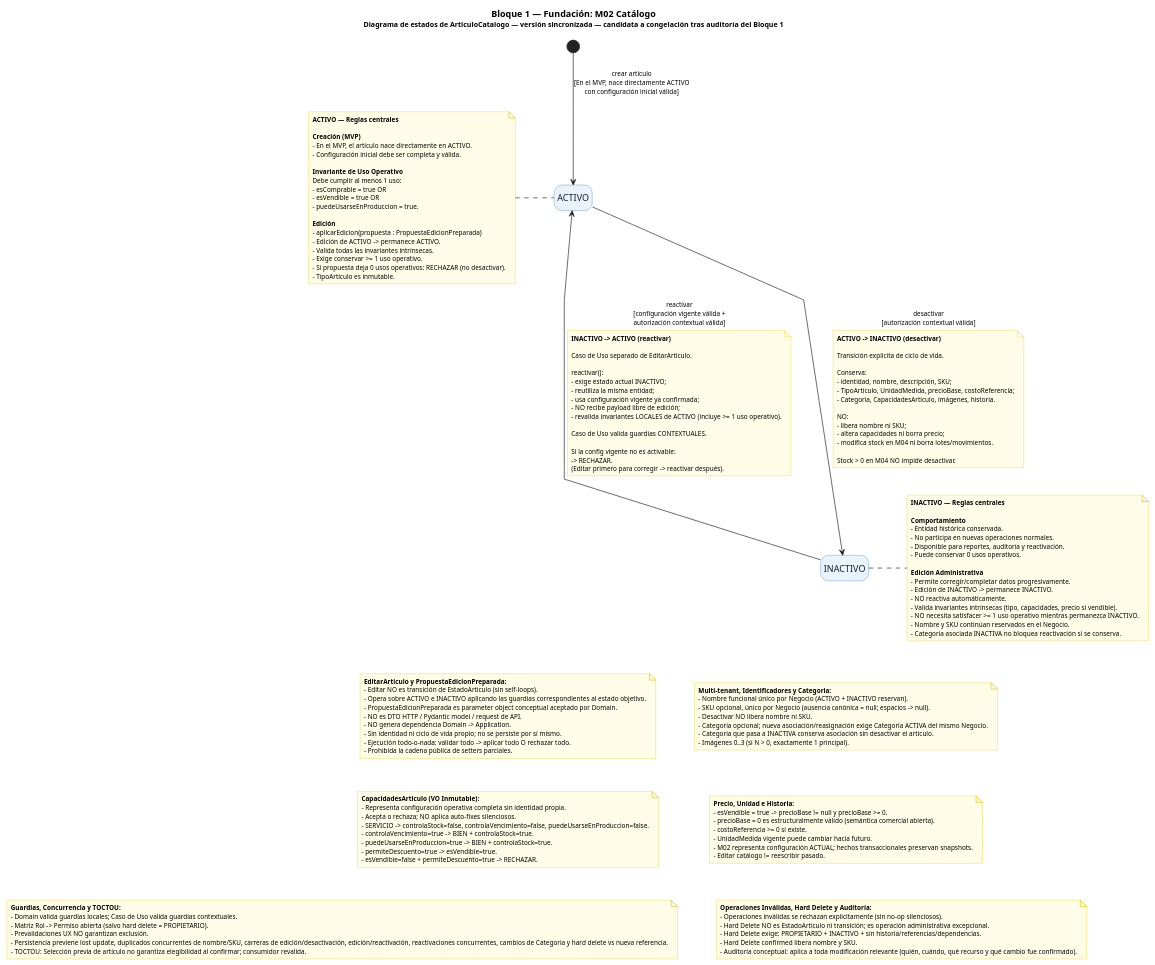
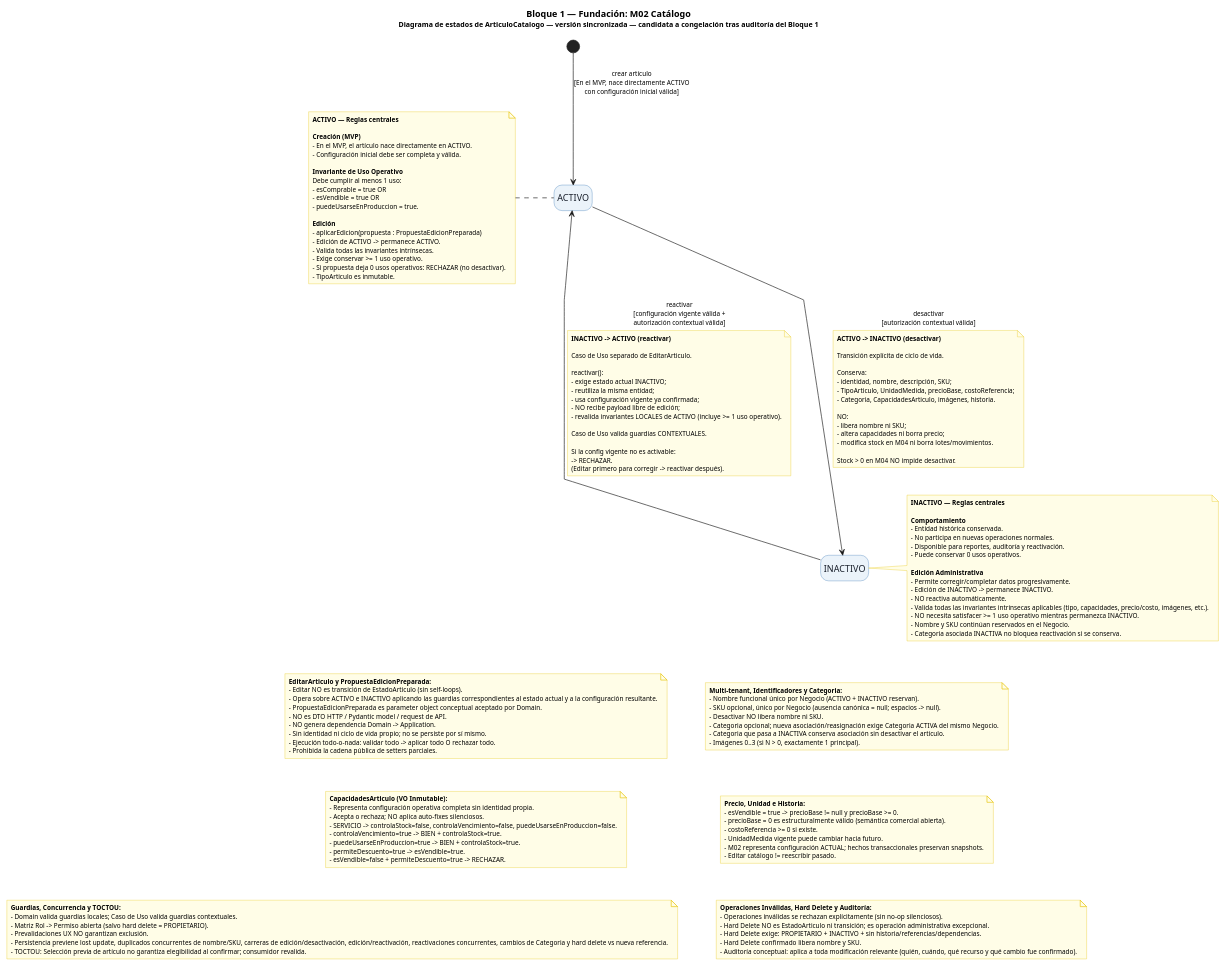
Before and after one commit to Jorge10192/TP-Programacion2-UNSAM-2C2026: the diagram in Proyecto-3-Extendido-Generico/modelo-dominio/bloque-1-fundacion/06-m02-estados-articulo.puml, drawn with PlantUML. The commit also changed 14 other files, not shown here.

```diff
--- a/Proyecto-3-Extendido-Generico/modelo-dominio/bloque-1-fundacion/06-m02-estados-articulo.puml
+++ b/Proyecto-3-Extendido-Generico/modelo-dominio/bloque-1-fundacion/06-m02-estados-articulo.puml
@@ -1,161 +1,161 @@
 @startuml 06-m02-estados-articulo
 
 title Bloque 1 — Fundación: M02 Catálogo\n<size:11>Diagrama de estados de ArticuloCatalogo — versión sincronizada — candidata a congelación tras auditoría del Bloque 1</size>
 
 ' =============================================================================
 ' CONFIGURACIÓN VISUAL OPTIMIZADA (LAYOUT MATRICIAL BALANCEADO)
 ' =============================================================================
 
 skinparam shadowing false
 skinparam linetype polyline
 skinparam nodesep 60
 skinparam ranksep 50
 skinparam ArrowFontSize 10
 
 skinparam noteFontSize 10
 skinparam noteBackgroundColor #FFFDE7
 skinparam noteBorderColor #E6C200
 
 skinparam state {
     BackgroundColor #EBF3FA
     BorderColor #2B6CB0
     FontColor #1A202C
     StartColor #3182CE
     EndColor #2B6CB0
 }
 
 hide empty description
 
 
 ' =============================================================================
 ' ESTADOS OFICIALES Y MÁQUINA DE ESTADOS
 ' =============================================================================
 
 state ACTIVO
 state INACTIVO
 
 [*] --> ACTIVO : crear artículo\n[En el MVP, nace directamente ACTIVO\ncon configuración inicial válida]
 
 ACTIVO --> INACTIVO : desactivar\n[autorización contextual válida]
 
 note on link
     <b>ACTIVO -> INACTIVO (desactivar)</b>
 
     Transición explícita de ciclo de vida.
 
     Conserva:
     - identidad, nombre, descripción, SKU;
     - TipoArticulo, UnidadMedida, precioBase, costoReferencia;
     - Categoria, CapacidadesArticulo, imágenes, historia.
 
     NO:
     - libera nombre ni SKU;
     - altera capacidades ni borra precio;
     - modifica stock en M04 ni borra lotes/movimientos.
 
     Stock > 0 en M04 NO impide desactivar.
 end note
 
 INACTIVO --> ACTIVO : reactivar\n[configuración vigente válida +\nautorización contextual válida]
 
 note on link
     <b>INACTIVO -> ACTIVO (reactivar)</b>
 
     Caso de Uso separado de EditarArticulo.
 
     reactivar():
     - exige estado actual INACTIVO;
     - reutiliza la misma entidad;
     - usa configuración vigente ya confirmada;
     - NO recibe payload libre de edición;
     - revalida invariantes LOCALES de ACTIVO (incluye >= 1 uso operativo).
 
     Caso de Uso valida guardias CONTEXTUALES.
 
     Si la config vigente no es activable:
     -> RECHAZAR.
     (Editar primero para corregir -> reactivar después).
 end note
 
 
 ' =============================================================================
 ' NOTAS VINCULADAS A LOS ESTADOS
 ' =============================================================================
 
 note left of ACTIVO
     <b>ACTIVO — Reglas centrales</b>
 
     <b>Creación (MVP)</b>
     - En el MVP, el artículo nace directamente en ACTIVO.
     - Configuración inicial debe ser completa y válida.
 
     <b>Invariante de Uso Operativo</b>
     Debe cumplir al menos 1 uso:
     - esComprable = true OR
     - esVendible = true OR
     - puedeUsarseEnProduccion = true.
 
     <b>Edición</b>
     - aplicarEdicion(propuesta : PropuestaEdicionPreparada)
     - Edición de ACTIVO -> permanece ACTIVO.
     - Valida todas las invariantes intrínsecas.
     - Exige conservar >= 1 uso operativo.
     - Si propuesta deja 0 usos operativos: RECHAZAR (no desactivar).
     - TipoArticulo es inmutable.
 end note
 
 note right of INACTIVO
     <b>INACTIVO — Reglas centrales</b>
 
     <b>Comportamiento</b>
     - Entidad histórica conservada.
     - No participa en nuevas operaciones normales.
     - Disponible para reportes, auditoría y reactivación.
     - Puede conservar 0 usos operativos.
 
     <b>Edición Administrativa</b>
     - Permite corregir/completar datos progresivamente.
     - Edición de INACTIVO -> permanece INACTIVO.
     - NO reactiva automáticamente.
-    - Valida invariantes intrínsecas (tipo, capacidades, precio si vendible).
+    - Valida todas las invariantes intrínsecas aplicables (tipo, capacidades, precio/costo, imágenes, etc.).
     - NO necesita satisfacer >= 1 uso operativo mientras permanezca INACTIVO.
     - Nombre y SKU continúan reservados en el Negocio.
     - Categoria asociada INACTIVA no bloquea reactivación si se conserva.
 end note
 
 
 ' =============================================================================
 ' BLOQUES DE SOPORTE DEL DOMINIO (GRID BALANCEADO EN 2 COLUMNAS)
 ' =============================================================================
 
-note "<b>EditarArticulo y PropuestaEdicionPreparada:</b>\n- Editar NO es transición de EstadoArticulo (sin self-loops).\n- Opera sobre ACTIVO e INACTIVO aplicando las guardias correspondientes al estado objetivo.\n- PropuestaEdicionPreparada es parameter object conceptual aceptado por Domain.\n- NO es DTO HTTP / Pydantic model / request de API.\n- NO genera dependencia Domain -> Application.\n- Sin identidad ni ciclo de vida propio; no se persiste por sí mismo.\n- Ejecución todo-o-nada: validar todo -> aplicar todo O rechazar todo.\n- Prohibida la cadena pública de setters parciales." as NEdicion
+note "<b>EditarArticulo y PropuestaEdicionPreparada:</b>\n- Editar NO es transición de EstadoArticulo (sin self-loops).\n- Opera sobre ACTIVO e INACTIVO aplicando las guardias correspondientes al estado actual y a la configuración resultante.\n- PropuestaEdicionPreparada es parameter object conceptual aceptado por Domain.\n- NO es DTO HTTP / Pydantic model / request de API.\n- NO genera dependencia Domain -> Application.\n- Sin identidad ni ciclo de vida propio; no se persiste por sí mismo.\n- Ejecución todo-o-nada: validar todo -> aplicar todo O rechazar todo.\n- Prohibida la cadena pública de setters parciales." as NEdicion
 
 note "<b>Multi-tenant, Identificadores y Categoria:</b>\n- Nombre funcional único por Negocio (ACTIVO + INACTIVO reservan).\n- SKU opcional, único por Negocio (ausencia canónica = null; espacios -> null).\n- Desactivar NO libera nombre ni SKU.\n- Categoria opcional; nueva asociación/reasignación exige Categoria ACTIVA del mismo Negocio.\n- Categoria que pasa a INACTIVA conserva asociación sin desactivar el artículo.\n- Imágenes 0..3 (si N > 0, exactamente 1 principal)." as NCatalogo
 
 note "<b>CapacidadesArticulo (VO Inmutable):</b>\n- Representa configuración operativa completa sin identidad propia.\n- Acepta o rechaza; NO aplica auto-fixes silenciosos.\n- SERVICIO -> controlaStock=false, controlaVencimiento=false, puedeUsarseEnProduccion=false.\n- controlaVencimiento=true -> BIEN + controlaStock=true.\n- puedeUsarseEnProduccion=true -> BIEN + controlaStock=true.\n- permiteDescuento=true -> esVendible=true.\n- esVendible=false + permiteDescuento=true -> RECHAZAR." as NCapacidades
 
 note "<b>Precio, Unidad e Historia:</b>\n- esVendible = true -> precioBase != null y precioBase >= 0.\n- precioBase = 0 es estructuralmente válido (semántica comercial abierta).\n- costoReferencia >= 0 si existe.\n- UnidadMedida vigente puede cambiar hacia futuro.\n- M02 representa configuración ACTUAL; hechos transaccionales preservan snapshots.\n- Editar catálogo != reescribir pasado." as NHistoria
 
 note "<b>Guardias, Concurrencia y TOCTOU:</b>\n- Domain valida guardias locales; Caso de Uso valida guardias contextuales.\n- Matriz Rol -> Permiso abierta (salvo hard delete = PROPIETARIO).\n- Prevalidaciones UX NO garantizan exclusión.\n- Persistencia previene lost update, duplicados concurrentes de nombre/SKU, carreras de edición/desactivación, edición/reactivación, reactivaciones concurrentes, cambios de Categoria y hard delete vs nueva referencia.\n- TOCTOU: Selección previa de artículo no garantiza elegibilidad al confirmar; consumidor revalida." as NGuardias
 
-note "<b>Operaciones Inválidas, Hard Delete y Auditoría:</b>\n- Operaciones inválidas se rechazan explícitamente (sin no-op silenciosos).\n- Hard Delete NO es EstadoArticulo ni transición; es operación administrativa excepcional.\n- Hard Delete exige: PROPIETARIO + INACTIVO + sin historia/referencias/dependencias.\n- Hard Delete confirmed libera nombre y SKU.\n- Auditoría conceptual: aplica a toda modificación relevante (quién, cuándo, qué recurso y qué cambio fue confirmado)." as NInvalidasDeleteAuditoria
+note "<b>Operaciones Inválidas, Hard Delete y Auditoría:</b>\n- Operaciones inválidas se rechazan explícitamente (sin no-op silenciosos).\n- Hard Delete NO es EstadoArticulo ni transición; es operación administrativa excepcional.\n- Hard Delete exige: PROPIETARIO + INACTIVO + sin historia/referencias/dependencias.\n- Hard Delete confirmado libera nombre y SKU.\n- Auditoría conceptual: aplica a toda modificación relevante (quién, cuándo, qué recurso y qué cambio fue confirmado)." as NInvalidasDeleteAuditoria
 
 
 ' =============================================================================
 ' DISPOSICIÓN VISUAL BALANCEADA (2 COLUMNAS)
 ' =============================================================================
 
 ACTIVO -[hidden]down-> NEdicion
 INACTIVO -[hidden]down-> NCatalogo
 
 NEdicion -[hidden]right-> NCatalogo
 NEdicion -[hidden]down-> NCapacidades
 NCatalogo -[hidden]down-> NHistoria
 
 NCapacidades -[hidden]right-> NHistoria
 NCapacidades -[hidden]down-> NGuardias
 NHistoria -[hidden]down-> NInvalidasDeleteAuditoria
 
 NGuardias -[hidden]right-> NInvalidasDeleteAuditoria
 
 @enduml
```
